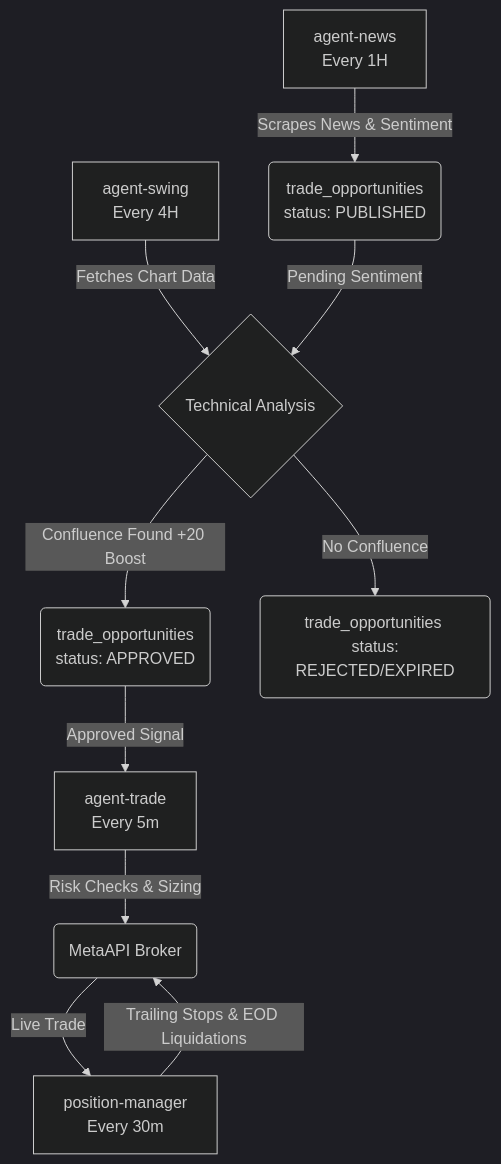
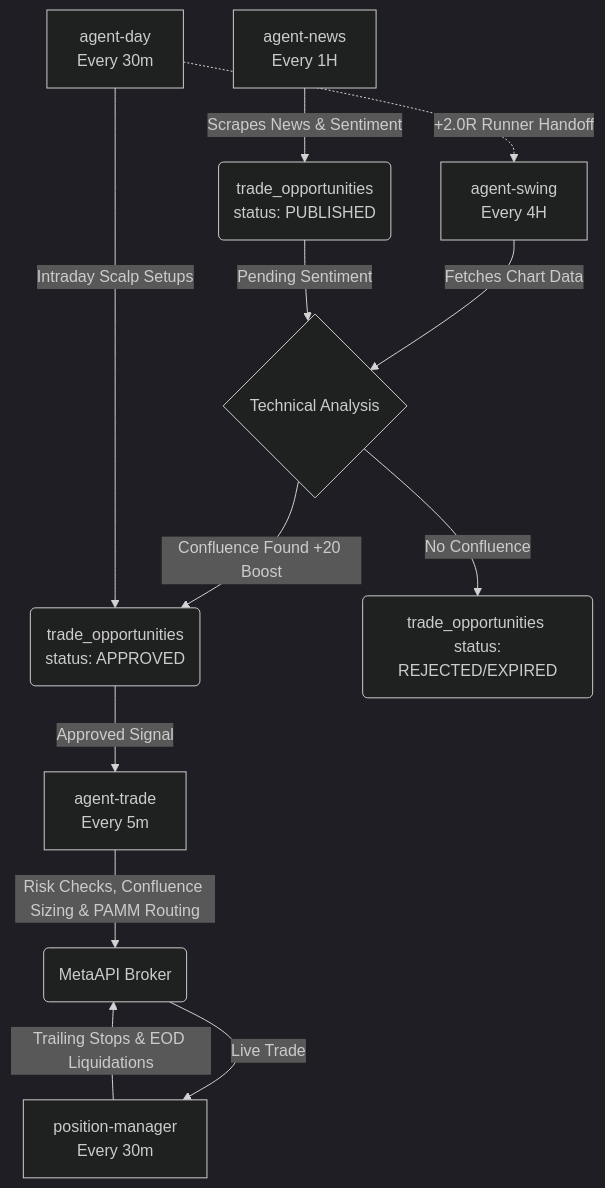
The diagram in docs/Multi Agent Architecture.md (rainesoft/invest), drawn with Mermaid (dark theme) before and after one commit. The commit also changed other lines of this file, not shown here.

Commit message:
docs(architecture): add agent-day and document agent-trade multi-agent confluence and runner handoff mechanisms

````diff
--- a/docs/Multi Agent Architecture.md
+++ b/docs/Multi Agent Architecture.md
@@ -54,12 +64,16 @@
 ```mermaid
 graph TD
     A[agent-news <br> Every 1H] -->|Scrapes News & Sentiment| B(trade_opportunities <br> status: PUBLISHED)
     C[agent-swing <br> Every 4H] -->|Fetches Chart Data| D{Technical Analysis}
     B -->|Pending Sentiment| D
     D -->|Confluence Found +20 Boost| E(trade_opportunities <br> status: APPROVED)
     D -->|No Confluence| F(trade_opportunities <br> status: REJECTED/EXPIRED)
+    
+    J[agent-day <br> Every 30m] -->|Intraday Scalp Setups| E
+    J -.->|+2.0R Runner Handoff| C
+    
     E -->|Approved Signal| G[agent-trade <br> Every 5m]
-    G -->|Risk Checks & Sizing| H(MetaAPI Broker)
+    G -->|Risk Checks, Confluence Sizing & PAMM Routing| H(MetaAPI Broker)
     H -->|Live Trade| I[position-manager <br> Every 30m]
     I -->|Trailing Stops & EOD Liquidations| H
 ```
````
